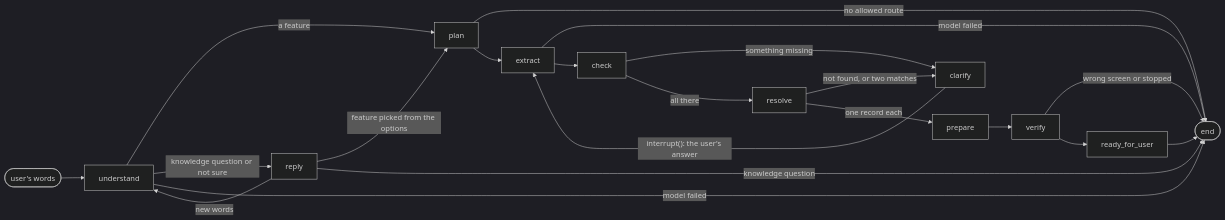
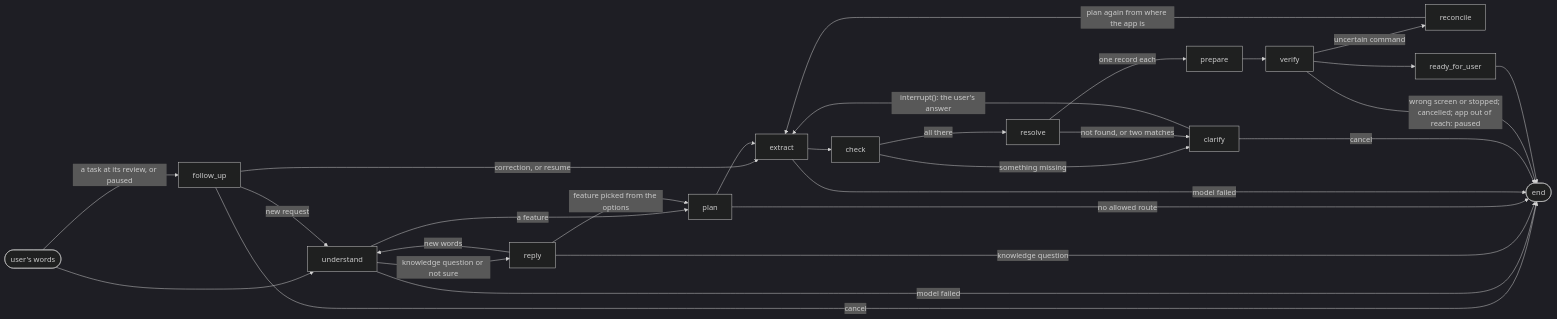
The diagram in docs/bridge/agent.md (Hooman1996/RagBot-Assistant), drawn with Mermaid (dark theme) before and after one commit. The commit also changed other lines of this file and 26 other files, not shown here.

Commit message:
[P6-04] Cancel, correction after the review, paused and reconciling (#142) (#143)

````diff
--- a/docs/bridge/agent.md
+++ b/docs/bridge/agent.md
@@ -19,23 +19,30 @@
 ```mermaid
 flowchart LR
     start([user's words]) --> understand
+    start -->|"a task at its review, or paused"| follow_up
+    follow_up -->|correction, or resume| extract
+    follow_up -->|new request| understand
+    follow_up -->|cancel| stop
     understand -->|a feature| plan
     understand -->|knowledge question or not sure| reply
     understand -->|model failed| stop([end])
     reply -->|feature picked from the options| plan
     reply -->|new words| understand
     reply -->|knowledge question| stop
     plan -->|no allowed route| stop
     plan --> extract
     extract -->|model failed| stop
     extract --> check
     check -->|something missing| clarify
     check -->|all there| resolve
     clarify -->|"interrupt(): the user's answer"| extract
+    clarify -->|cancel| stop
     resolve -->|not found, or two matches| clarify
     resolve -->|one record each| prepare
     prepare --> verify
-    verify -->|wrong screen or stopped| stop
+    verify -->|wrong screen or stopped; cancelled; app out of reach: paused| stop
+    verify -->|uncertain command| reconcile
+    reconcile -->|plan again from where the app is| extract
     verify --> ready[ready_for_user]
     ready --> stop
 ```
````
